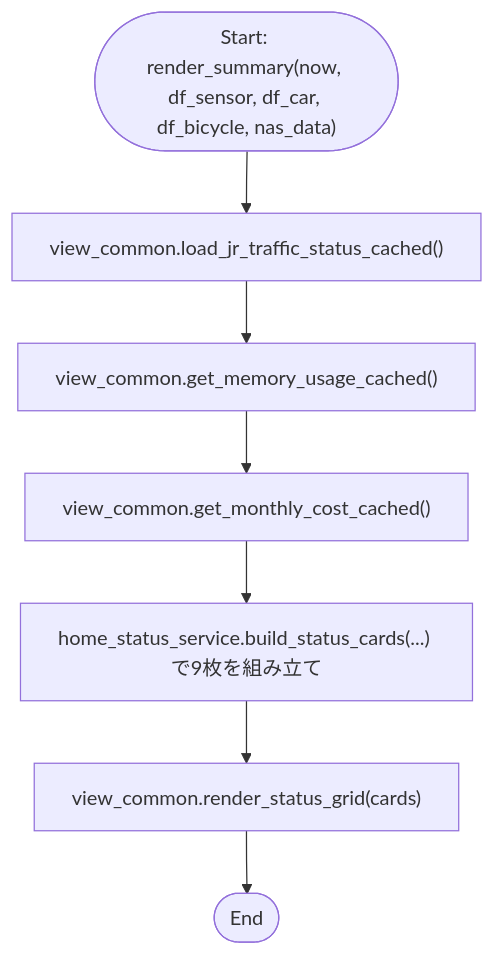
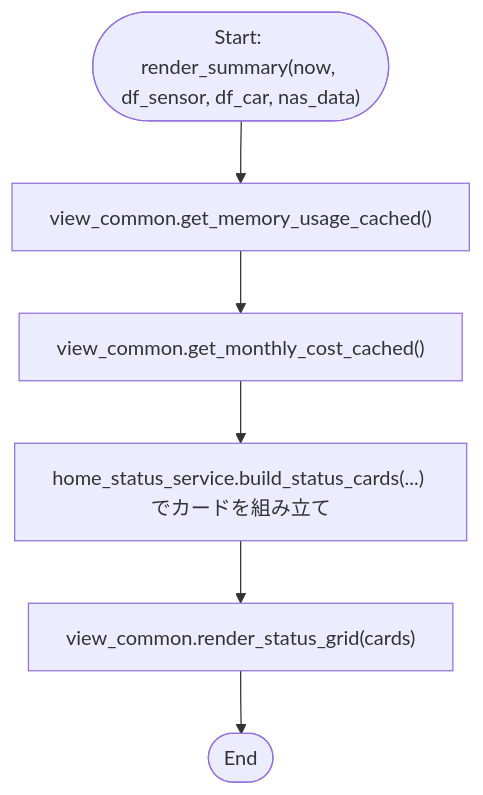
The first of 2 diagrams in docs/specifications/MY_HOME_SYSTEM/summary.md (mmtigers/my_python_project), drawn with Mermaid before and after one commit. The commit also changed other lines of this file and 37 other files, not shown here.

````diff
--- a/docs/specifications/MY_HOME_SYSTEM/summary.md
+++ b/docs/specifications/MY_HOME_SYSTEM/summary.md
@@ -79,9 +79,8 @@
 ```mermaid
 flowchart TD
-    Start(["Start: render_summary(now, df_sensor, df_car, df_bicycle, nas_data)"]) --> Jr["view_common.load_jr_traffic_status_cached()"]
-    Jr --> Mem["view_common.get_memory_usage_cached()"]
+    Start(["Start: render_summary(now, df_sensor, df_car, nas_data)"]) --> Mem["view_common.get_memory_usage_cached()"]
     Mem --> Cost["view_common.get_monthly_cost_cached()"]
-    Cost --> Build["home_status_service.build_status_cards(...) で9枚を組み立て"]
+    Cost --> Build["home_status_service.build_status_cards(...) でカードを組み立て"]
     Build --> Grid["view_common.render_status_grid(cards)"]
     Grid --> End(["End"])
 ```
````
